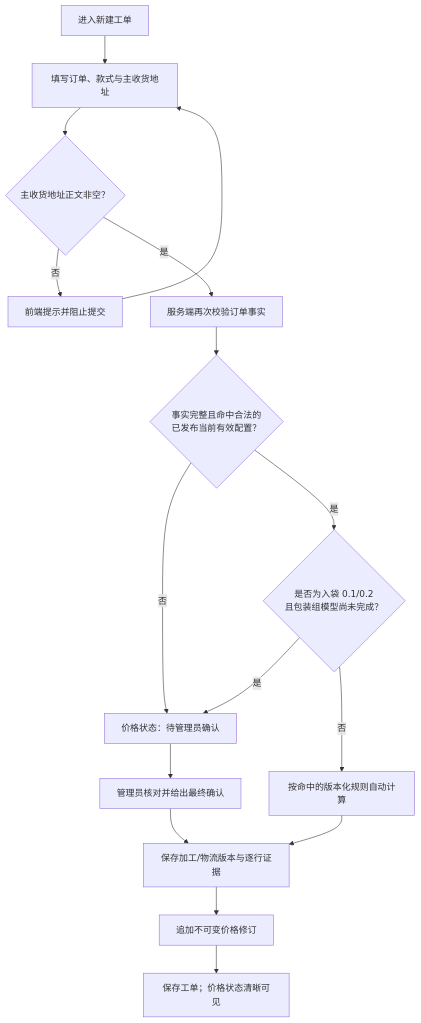
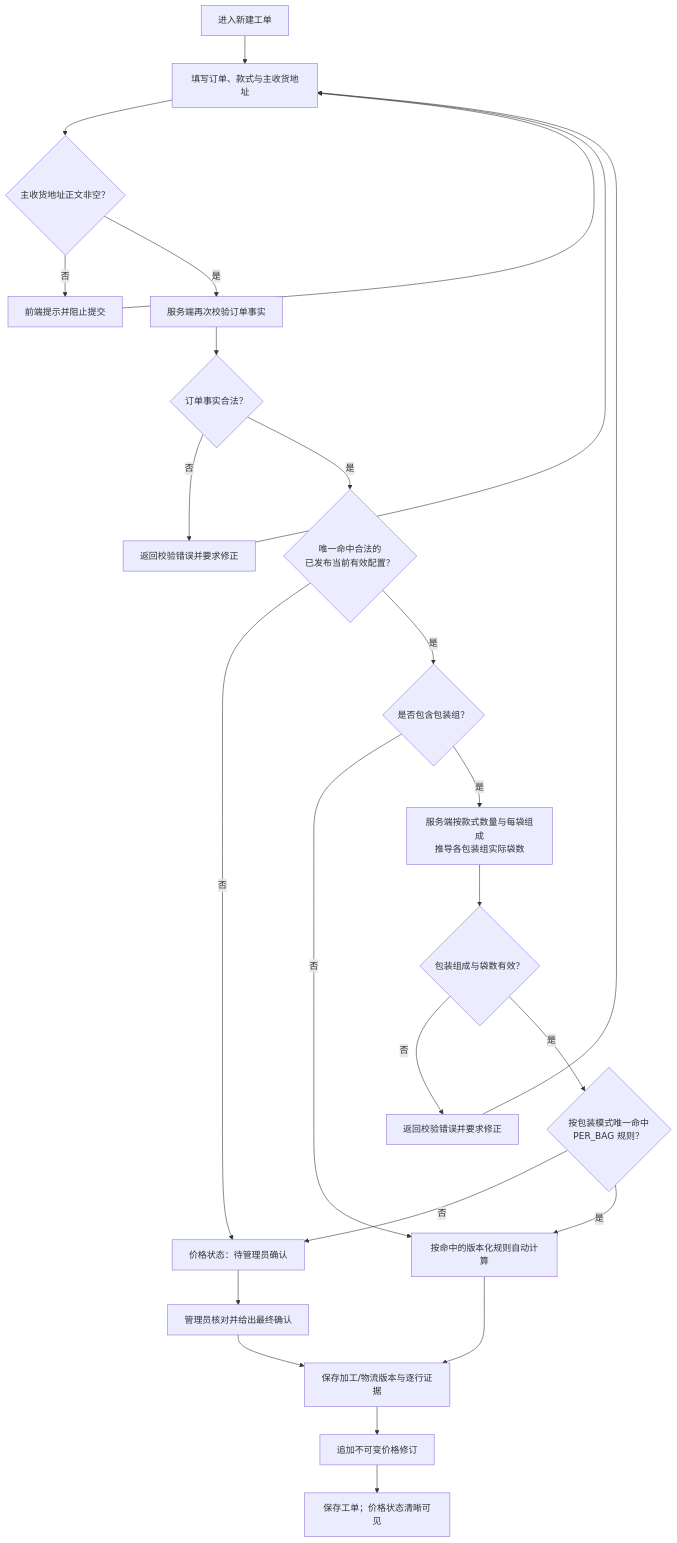
One commit to zora4523-bot/print-shop-erp changed the first of 4 diagrams in docs/ORDER-PRICING-AND-DISPATCH-V2.md. Above: the diagram before and after it, drawn with Mermaid. The commit also changed other lines of this file and 1 other file, not shown here.

````diff
--- a/docs/ORDER-PRICING-AND-DISPATCH-V2.md
+++ b/docs/ORDER-PRICING-AND-DISPATCH-V2.md
@@ -24,18 +24,27 @@
 ```mermaid
 flowchart TD
     A["进入新建工单"] --> B["填写订单、款式与主收货地址"]
     B --> C{"主收货地址正文非空？"}
     C -- "否" --> C1["前端提示并阻止提交"]
     C1 --> B
     C -- "是" --> D["服务端再次校验订单事实"]
-    D --> E{"事实完整且命中合法的<br/>已发布当前有效配置？"}
+    D --> D1{"订单事实合法？"}
+    D1 -- "否" --> D2["返回校验错误并要求修正"]
+    D2 --> B
+    D1 -- "是" --> E{"唯一命中合法的<br/>已发布当前有效配置？"}
     E -- "否" --> F["价格状态：待管理员确认"]
-    E -- "是" --> G{"是否为入袋 0.1/0.2<br/>且包装组模型尚未完成？"}
-    G -- "是" --> F
+    E -- "是" --> G{"是否包含包装组？"}
     G -- "否" --> H["按命中的版本化规则自动计算"]
+    G -- "是" --> G1["服务端按款式数量与每袋组成<br/>推导各包装组实际袋数"]
+    G1 --> G2{"包装组成与袋数有效？"}
+    G2 -- "否" --> G3["返回校验错误并要求修正"]
+    G3 --> B
+    G2 -- "是" --> G4{"按包装模式唯一命中<br/>PER_BAG 规则？"}
+    G4 -- "否" --> F
+    G4 -- "是" --> H
     H --> I["保存加工/物流版本与逐行证据"]
     F --> J["管理员核对并给出最终确认"]
     J --> I
     I --> K["追加不可变价格修订"]
     K --> L["保存工单；价格状态清晰可见"]
 ```
````
